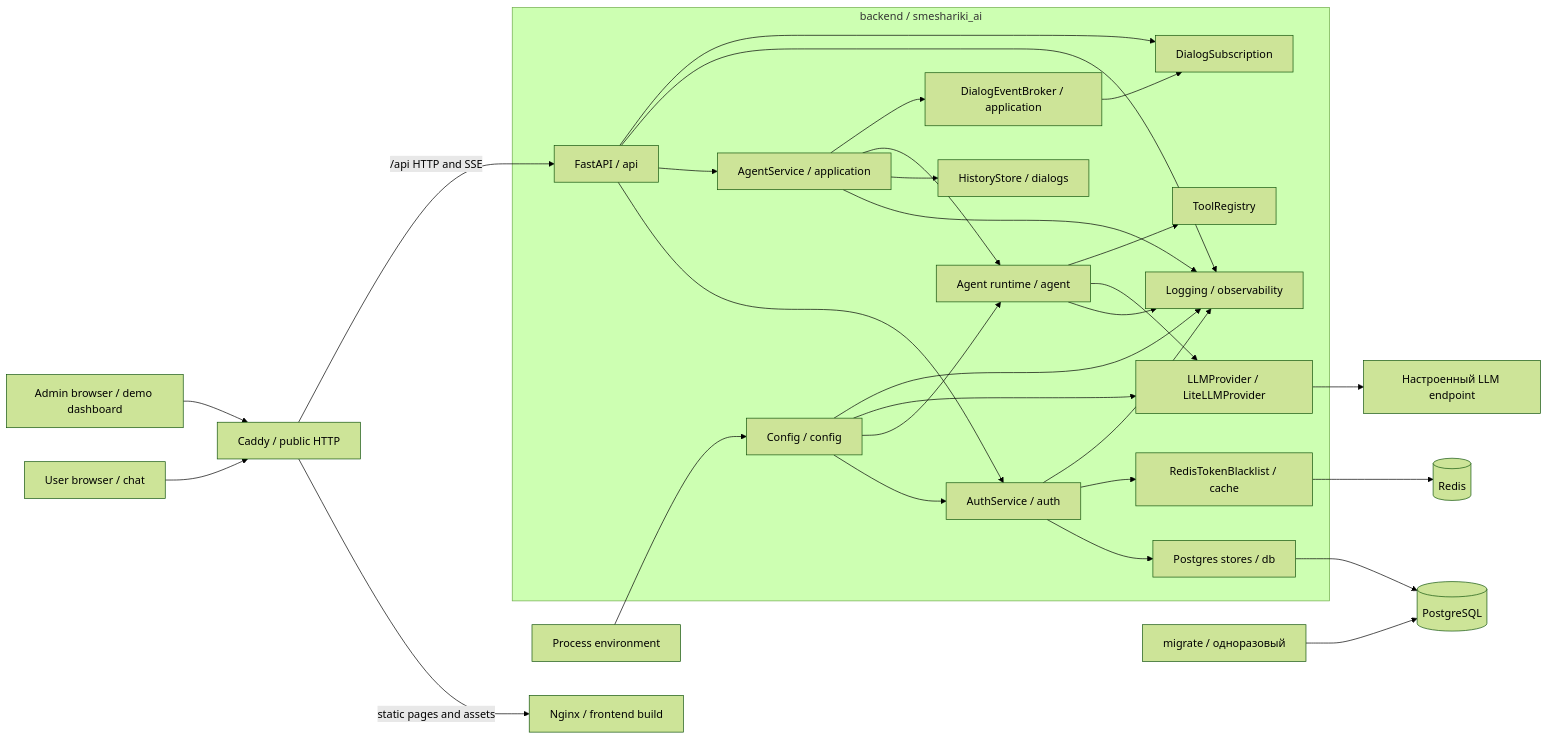
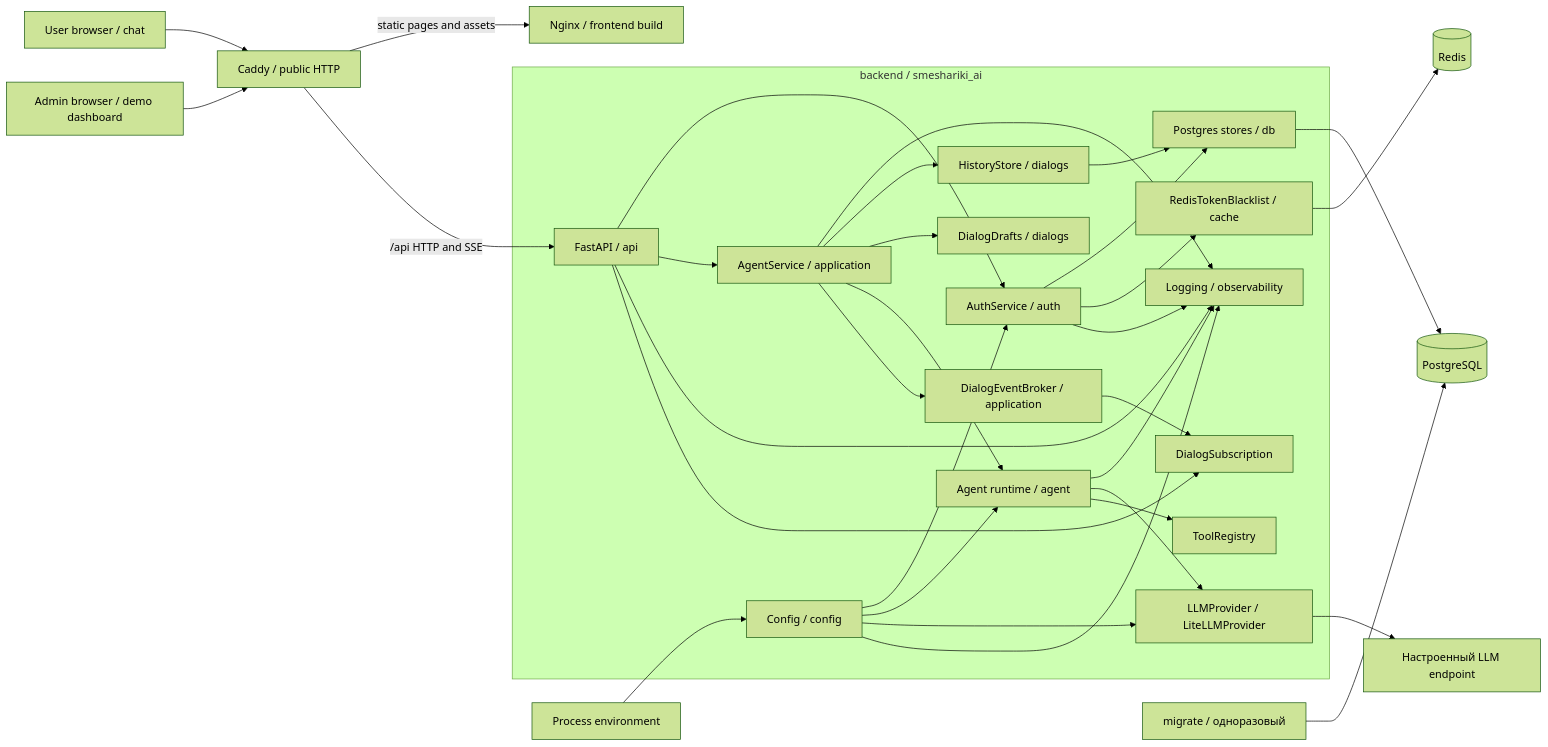
The diagram in docs/README.md (Nisakoo/BMSTU-NIRS), drawn with Mermaid (forest theme) before and after one commit. The commit also changed other lines of this file and 37 other files, not shown here.

First line of the commit message:
feat(dialogs): persist dialog history in PostgreSQL

````diff
--- a/docs/README.md
+++ b/docs/README.md
@@ -49,61 +50,64 @@
 ```mermaid
 flowchart LR
     UserBrowser[User browser / chat]
     AdminBrowser[Admin browser / demo dashboard]
 
     Caddy[Caddy / public HTTP]
     Nginx[Nginx / frontend build]
 
     subgraph Backend[backend / smeshariki_ai]
         Config[Config / config]
         Logging[Logging / observability]
         API[FastAPI / api]
         Service[AgentService / application]
         Broker[DialogEventBroker / application]
         Subscription[DialogSubscription]
         History[HistoryStore / dialogs]
+        Drafts[DialogDrafts / dialogs]
         Agent[Agent runtime / agent]
         LLM[LLMProvider / LiteLLMProvider]
         Tools[ToolRegistry]
         Auth[AuthService / auth]
         DbStores[Postgres stores / db]
         Blacklist[RedisTokenBlacklist / cache]
 
         API --> Auth
         Config --> Auth
         Auth --> DbStores
         Auth --> Blacklist
         Auth --> Logging
 
         API --> Service
         Config --> Agent
         Config --> LLM
         Config --> Logging
         API --> Logging
         Service --> Logging
         Agent --> Logging
         Service --> History
+        Service --> Drafts
+        History --> DbStores
         Service --> Agent
         Service --> Broker
         Broker --> Subscription
         API --> Subscription
         Agent --> LLM
         Agent --> Tools
     end
 
     Model[Настроенный LLM endpoint]
     Postgres[(PostgreSQL)]
     Redis[(Redis)]
     Migrate[migrate / одноразовый]
     Environment[Process environment]
 
     UserBrowser --> Caddy
     AdminBrowser --> Caddy
     Caddy -->|static pages and assets| Nginx
     Caddy -->|/api HTTP and SSE| API
     Environment --> Config
     LLM --> Model
     DbStores --> Postgres
     Blacklist --> Redis
     Migrate --> Postgres
 ```
````
